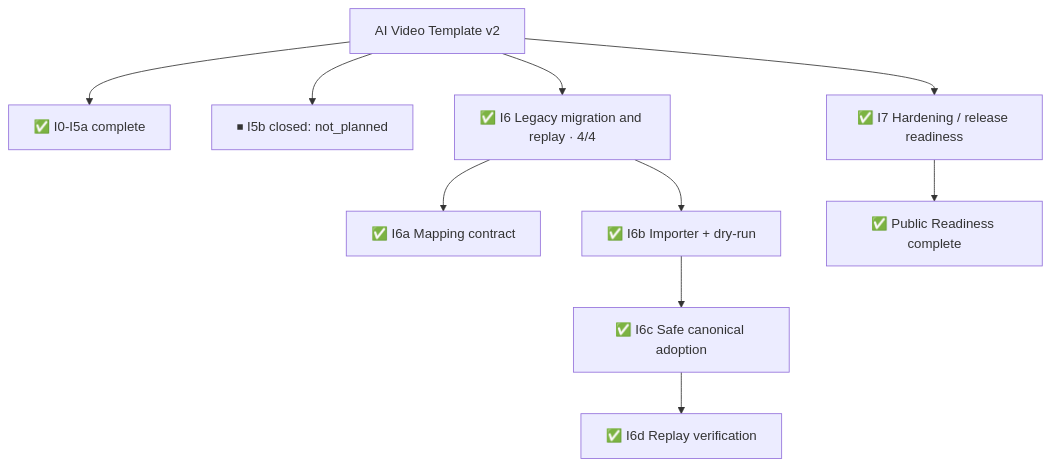
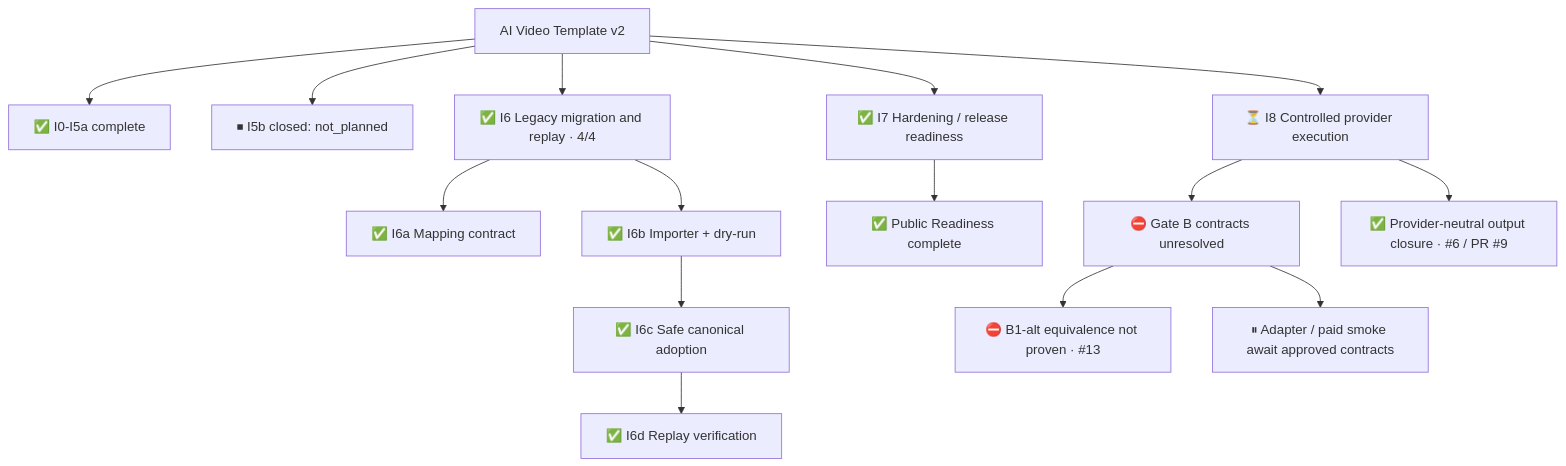
Before and after one commit to rayray12zx3-sys/ai-video-template: the diagram in PROJECT_PROGRESS.md, drawn with Mermaid. The commit also changed other lines of this file and 1 other file, not shown here.

First line of the commit message:
docs: record blocked B1 direct CLI equivalence

````diff
--- a/PROJECT_PROGRESS.md
+++ b/PROJECT_PROGRESS.md
@@ -19,12 +45,17 @@
 ```mermaid
 flowchart TD
     P[AI Video Template v2] --> F[✅ I0-I5a complete]
     P --> S[⏹ I5b closed: not_planned]
     P --> I6[✅ I6 Legacy migration and replay · 4/4]
     I6 --> A[✅ I6a Mapping contract]
     I6 --> B[✅ I6b Importer + dry-run]
     B --> C[✅ I6c Safe canonical adoption]
     C --> D[✅ I6d Replay verification]
     P --> I7[✅ I7 Hardening / release readiness]
     I7 --> PUB[✅ Public Readiness complete]
+    P --> I8[⏳ I8 Controlled provider execution]
+    I8 --> GB[⛔ Gate B contracts unresolved]
+    GB --> ALT[⛔ B1-alt equivalence not proven · #13]
+    I8 --> OUT[✅ Provider-neutral output closure · #6 / PR #9]
+    GB --> LIVE[⏸ Adapter / paid smoke await approved contracts]
 ```
````
